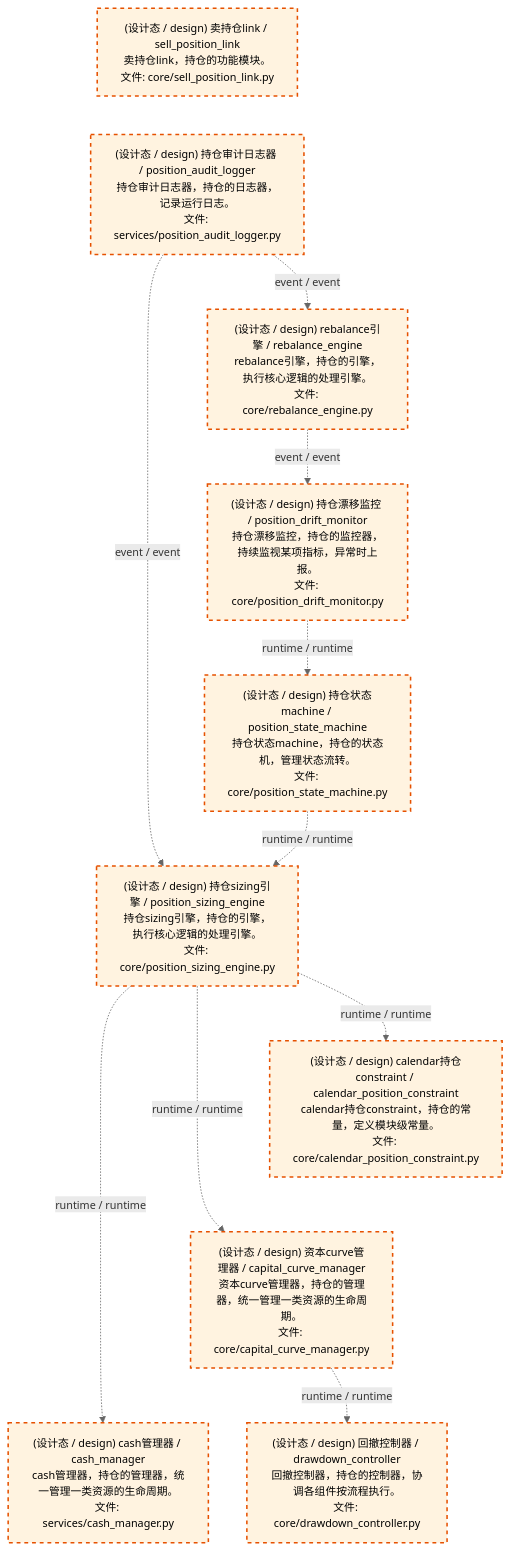
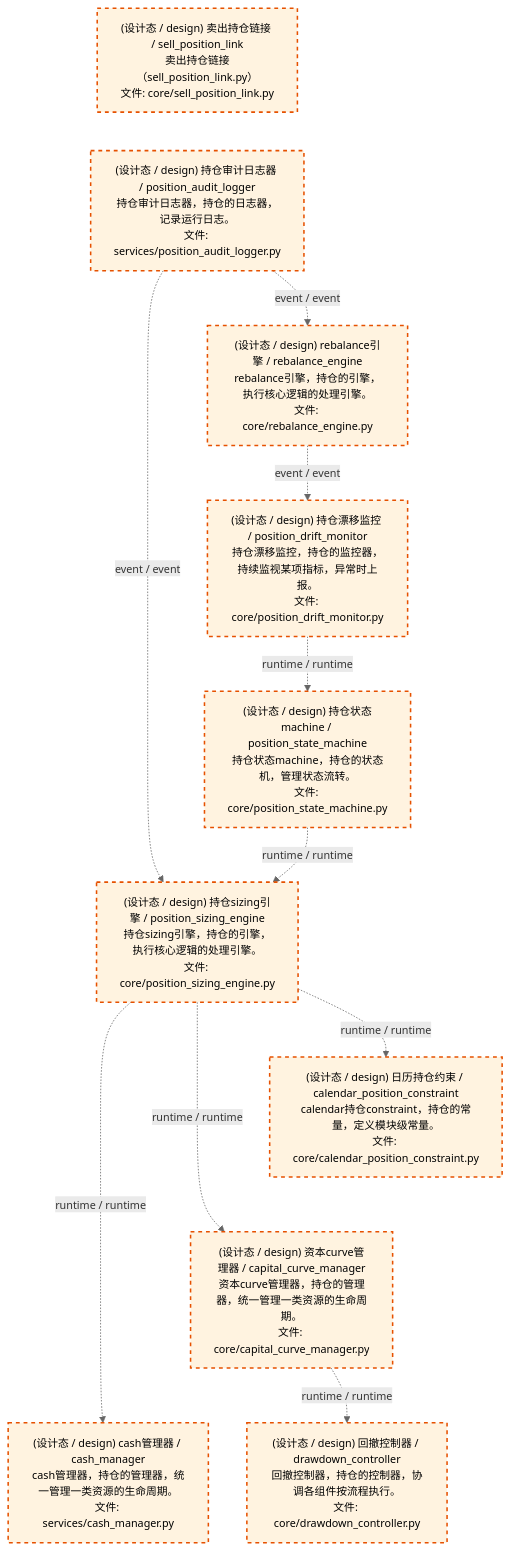
One commit to xuanFelixVan/ZephyrAlpha changed the third of 4 diagrams in docs/02_enterprise_architecture/02_domain_architecture_docs/64_d_position.md. Above: the diagram before and after it, drawn with Mermaid. The commit also changed other lines of this file and 50 other files, not shown here.

````diff
--- a/docs/02_enterprise_architecture/02_domain_architecture_docs/64_d_position.md
+++ b/docs/02_enterprise_architecture/02_domain_architecture_docs/64_d_position.md
@@ -116,31 +116,31 @@
 ```mermaid
 %%{init: {'theme': 'base', 'themeVariables': {'primaryColor': '#eaeaea', 'primaryTextColor': '#333333', 'primaryBorderColor': '#666666', 'lineColor': '#666666', 'secondaryColor': '#eaeaea', 'tertiaryColor': '#eaeaea', 'fontSize': '14px'}}}%%
 flowchart TD
-    src_zephyr_position_core_sell_position_link_py["(设计态 / design) 卖持仓link / sell_position_link<br/>卖持仓link，持仓的功能模块。<br/>文件: core/sell_position_link.py"]
+    src_zephyr_position_core_sell_position_link_py["(设计态 / design) 卖出持仓链接 / sell_position_link<br/>卖出持仓链接（sell_position_link.py）<br/>文件: core/sell_position_link.py"]
     src_zephyr_position_services_position_audit_logger_py["(设计态 / design) 持仓审计日志器 / position_audit_logger<br/>持仓审计日志器，持仓的日志器，记录运行日志。<br/>文件: services/position_audit_logger.py"]
     src_zephyr_position_core_sell_position_link_py ~~~ src_zephyr_position_services_position_audit_logger_py
     src_zephyr_position_core_rebalance_engine_py["(设计态 / design) rebalance引擎 / rebalance_engine<br/>rebalance引擎，持仓的引擎，执行核心逻辑的处理引擎。<br/>文件: core/rebalance_engine.py"]
     src_zephyr_position_core_position_drift_monitor_py["(设计态 / design) 持仓漂移监控 / position_drift_monitor<br/>持仓漂移监控，持仓的监控器，持续监视某项指标，异常时上报。<br/>文件: core/position_drift_monitor.py"]
     src_zephyr_position_core_position_state_machine_py["(设计态 / design) 持仓状态machine / position_state_machine<br/>持仓状态machine，持仓的状态机，管理状态流转。<br/>文件: core/position_state_machine.py"]
     src_zephyr_position_core_position_sizing_engine_py["(设计态 / design) 持仓sizing引擎 / position_sizing_engine<br/>持仓sizing引擎，持仓的引擎，执行核心逻辑的处理引擎。<br/>文件: core/position_sizing_engine.py"]
-    src_zephyr_position_core_calendar_position_constraint_py["(设计态 / design) calendar持仓constraint / calendar_position_constraint<br/>calendar持仓constraint，持仓的常量，定义模块级常量。<br/>文件: core/calendar_position_constraint.py"]
+    src_zephyr_position_core_calendar_position_constraint_py["(设计态 / design) 日历持仓约束 / calendar_position_constraint<br/>calendar持仓constraint，持仓的常量，定义模块级常量。<br/>文件: core/calendar_position_constraint.py"]
     src_zephyr_position_core_capital_curve_manager_py["(设计态 / design) 资本curve管理器 / capital_curve_manager<br/>资本curve管理器，持仓的管理器，统一管理一类资源的生命周期。<br/>文件: core/capital_curve_manager.py"]
     src_zephyr_position_services_cash_manager_py["(设计态 / design) cash管理器 / cash_manager<br/>cash管理器，持仓的管理器，统一管理一类资源的生命周期。<br/>文件: services/cash_manager.py"]
     src_zephyr_position_core_calendar_position_constraint_py ~~~ src_zephyr_position_core_capital_curve_manager_py
     src_zephyr_position_core_capital_curve_manager_py ~~~ src_zephyr_position_services_cash_manager_py
     src_zephyr_position_core_drawdown_controller_py["(设计态 / design) 回撤控制器 / drawdown_controller<br/>回撤控制器，持仓的控制器，协调各组件按流程执行。<br/>文件: core/drawdown_controller.py"]
     src_zephyr_position_core_position_sizing_engine_py -.->|runtime / runtime| src_zephyr_position_services_cash_manager_py
     src_zephyr_position_core_position_sizing_engine_py -.->|runtime / runtime| src_zephyr_position_core_capital_curve_manager_py
     src_zephyr_position_core_position_sizing_engine_py -.->|runtime / runtime| src_zephyr_position_core_calendar_position_constraint_py
     src_zephyr_position_core_position_state_machine_py -.->|runtime / runtime| src_zephyr_position_core_position_sizing_engine_py
     src_zephyr_position_core_position_drift_monitor_py -.->|runtime / runtime| src_zephyr_position_core_position_state_machine_py
     src_zephyr_position_core_rebalance_engine_py -.->|event / event| src_zephyr_position_core_position_drift_monitor_py
     src_zephyr_position_core_capital_curve_manager_py -.->|runtime / runtime| src_zephyr_position_core_drawdown_controller_py
     src_zephyr_position_services_position_audit_logger_py -.->|event / event| src_zephyr_position_core_position_sizing_engine_py
     src_zephyr_position_services_position_audit_logger_py -.->|event / event| src_zephyr_position_core_rebalance_engine_py
     classDef production fill:#e1f5fe,stroke:#01579b,stroke-width:2px,color:#000
     classDef design fill:#fff3e0,stroke:#e65100,stroke-width:2px,color:#000,stroke-dasharray: 5 5
     classDef external_prod fill:#e8f4fd,stroke:#0277bd,stroke-width:1px,color:#000
     classDef external_design fill:#fff8e7,stroke:#ef6c00,stroke-width:1px,color:#000,stroke-dasharray: 5 5
     class src_zephyr_position_core_calendar_position_constraint_py,src_zephyr_position_core_capital_curve_manager_py,src_zephyr_position_core_drawdown_controller_py,src_zephyr_position_core_position_drift_monitor_py,src_zephyr_position_core_position_sizing_engine_py,src_zephyr_position_core_position_state_machine_py,src_zephyr_position_core_rebalance_engine_py,src_zephyr_position_core_sell_position_link_py,src_zephyr_position_services_cash_manager_py,src_zephyr_position_services_position_audit_logger_py design
 ```
````
